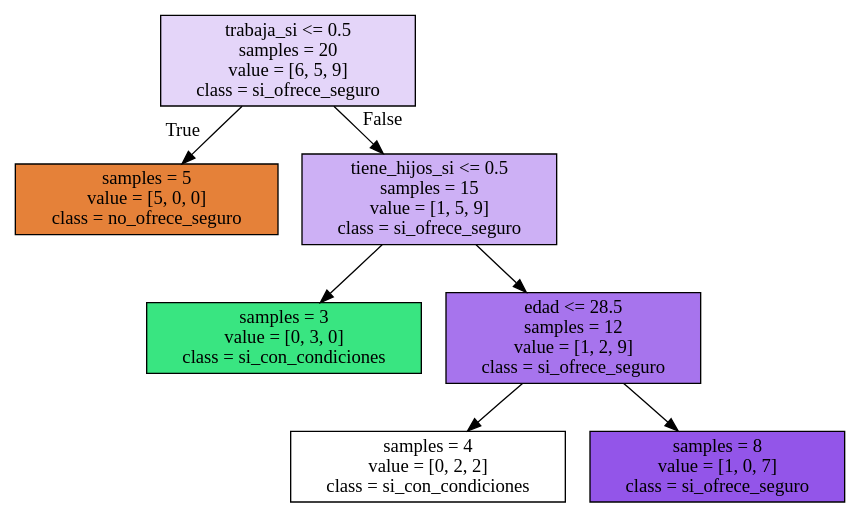
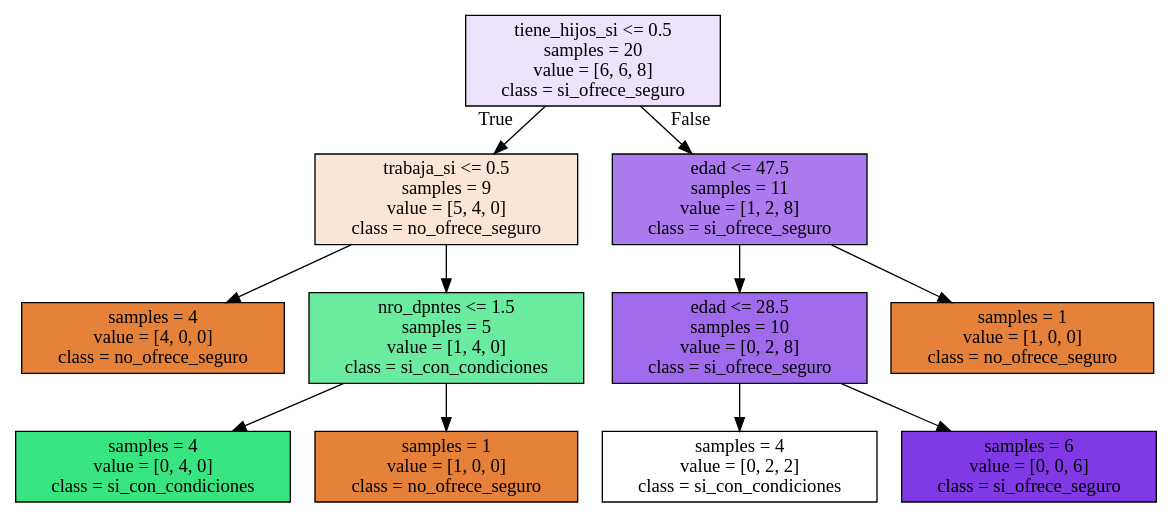
One commit to ryukazari/practica6-bi changed the diagram in arbol.dot. Above: the diagram before and after it, drawn with Graphviz. The commit also changed 3 other files, not shown here.

```diff
--- a/arbol.dot
+++ b/arbol.dot
@@ -1,16 +1,24 @@
 digraph Tree {
 node [shape=box, style="filled", color="black"] ;
-0 [label="trabaja_si <= 0.5\nsamples = 20\nvalue = [6, 5, 9]\nclass = si_ofrece_seguro", fillcolor="#e4d5f9"] ;
-1 [label="samples = 5\nvalue = [5, 0, 0]\nclass = no_ofrece_seguro", fillcolor="#e58139"] ;
+0 [label="tiene_hijos_si <= 0.5\nsamples = 20\nvalue = [6, 6, 8]\nclass = si_ofrece_seguro", fillcolor="#ede3fb"] ;
+1 [label="trabaja_si <= 0.5\nsamples = 9\nvalue = [5, 4, 0]\nclass = no_ofrece_seguro", fillcolor="#fae6d7"] ;
 0 -> 1 [labeldistance=2.5, labelangle=45, headlabel="True"] ;
-2 [label="tiene_hijos_si <= 0.5\nsamples = 15\nvalue = [1, 5, 9]\nclass = si_ofrece_seguro", fillcolor="#cdb0f5"] ;
-0 -> 2 [labeldistance=2.5, labelangle=-45, headlabel="False"] ;
-3 [label="samples = 3\nvalue = [0, 3, 0]\nclass = si_con_condiciones", fillcolor="#39e581"] ;
-2 -> 3 ;
-4 [label="edad <= 28.5\nsamples = 12\nvalue = [1, 2, 9]\nclass = si_ofrece_seguro", fillcolor="#a774ed"] ;
-2 -> 4 ;
-5 [label="samples = 4\nvalue = [0, 2, 2]\nclass = si_con_condiciones", fillcolor="#ffffff"] ;
-4 -> 5 ;
-6 [label="samples = 8\nvalue = [1, 0, 7]\nclass = si_ofrece_seguro", fillcolor="#9355e9"] ;
-4 -> 6 ;
+2 [label="samples = 4\nvalue = [4, 0, 0]\nclass = no_ofrece_seguro", fillcolor="#e58139"] ;
+1 -> 2 ;
+3 [label="nro_dpntes <= 1.5\nsamples = 5\nvalue = [1, 4, 0]\nclass = si_con_condiciones", fillcolor="#6aeca0"] ;
+1 -> 3 ;
+4 [label="samples = 4\nvalue = [0, 4, 0]\nclass = si_con_condiciones", fillcolor="#39e581"] ;
+3 -> 4 ;
+5 [label="samples = 1\nvalue = [1, 0, 0]\nclass = no_ofrece_seguro", fillcolor="#e58139"] ;
+3 -> 5 ;
+6 [label="edad <= 47.5\nsamples = 11\nvalue = [1, 2, 8]\nclass = si_ofrece_seguro", fillcolor="#ab7bee"] ;
+0 -> 6 [labeldistance=2.5, labelangle=-45, headlabel="False"] ;
+7 [label="edad <= 28.5\nsamples = 10\nvalue = [0, 2, 8]\nclass = si_ofrece_seguro", fillcolor="#a06aec"] ;
+6 -> 7 ;
+8 [label="samples = 4\nvalue = [0, 2, 2]\nclass = si_con_condiciones", fillcolor="#ffffff"] ;
+7 -> 8 ;
+9 [label="samples = 6\nvalue = [0, 0, 6]\nclass = si_ofrece_seguro", fillcolor="#8139e5"] ;
+7 -> 9 ;
+10 [label="samples = 1\nvalue = [1, 0, 0]\nclass = no_ofrece_seguro", fillcolor="#e58139"] ;
+6 -> 10 ;
 }
```
